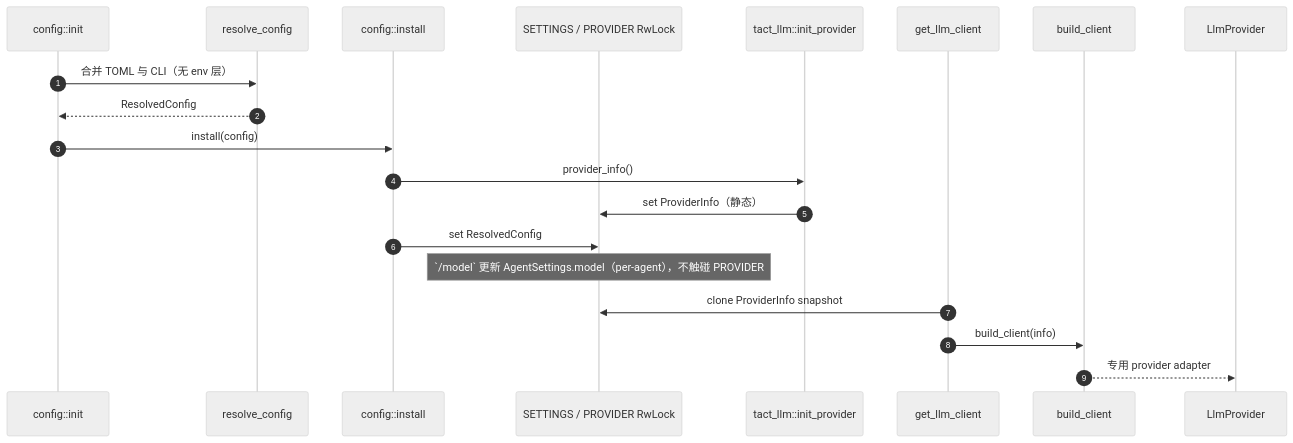
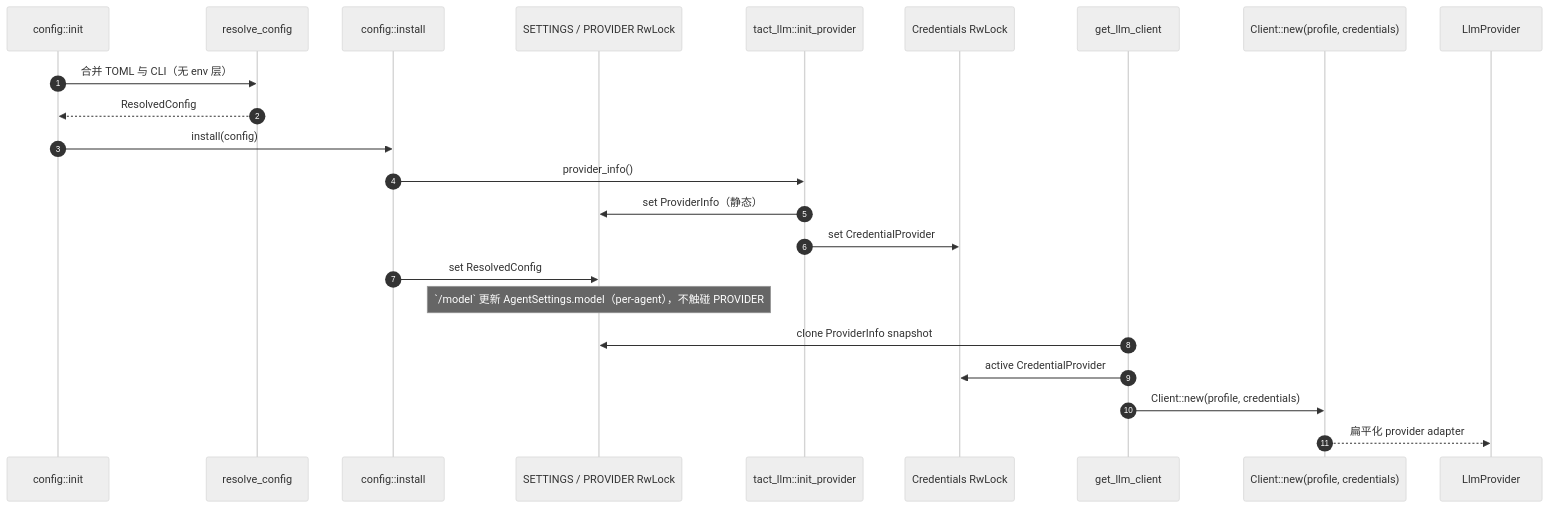
One commit to rust-infra/tact changed the second of 5 diagrams in book/22_chapter_llm_zh.md. Above: the diagram before and after it, drawn with Mermaid (neutral theme). The commit also changed other lines of this file and 344 other files, not shown here.

````diff
--- a/book/22_chapter_llm_zh.md
+++ b/book/22_chapter_llm_zh.md
@@ -88,23 +116,26 @@
 ```mermaid
 sequenceDiagram
     autonumber
     participant Init as config::init
     participant Resolve as resolve_config
     participant Install as config::install
     participant State as SETTINGS / PROVIDER RwLock
     participant LlmInit as tact_llm::init_provider
+    participant Cred as Credentials RwLock
     participant Get as get_llm_client
-    participant Build as build_client
+    participant Build as Client::new(profile, credentials)
     participant Provider as LlmProvider
 
     Init->>Resolve: 合并 TOML 与 CLI（无 env 层）
     Resolve-->>Init: ResolvedConfig
     Init->>Install: install(config)
     Install->>LlmInit: provider_info()
     LlmInit->>State: set ProviderInfo（静态）
+    LlmInit->>Cred: set CredentialProvider
     Install->>State: set ResolvedConfig
     Note over State: `/model` 更新 AgentSettings.model（per-agent），不触碰 PROVIDER
     Get->>State: clone ProviderInfo snapshot
-    Get->>Build: build_client(info)
-    Build-->>Provider: 专用 provider adapter
+    Get->>Cred: active CredentialProvider
+    Get->>Build: Client::new(profile, credentials)
+    Build-->>Provider: 扁平化 provider adapter
 ```
````
